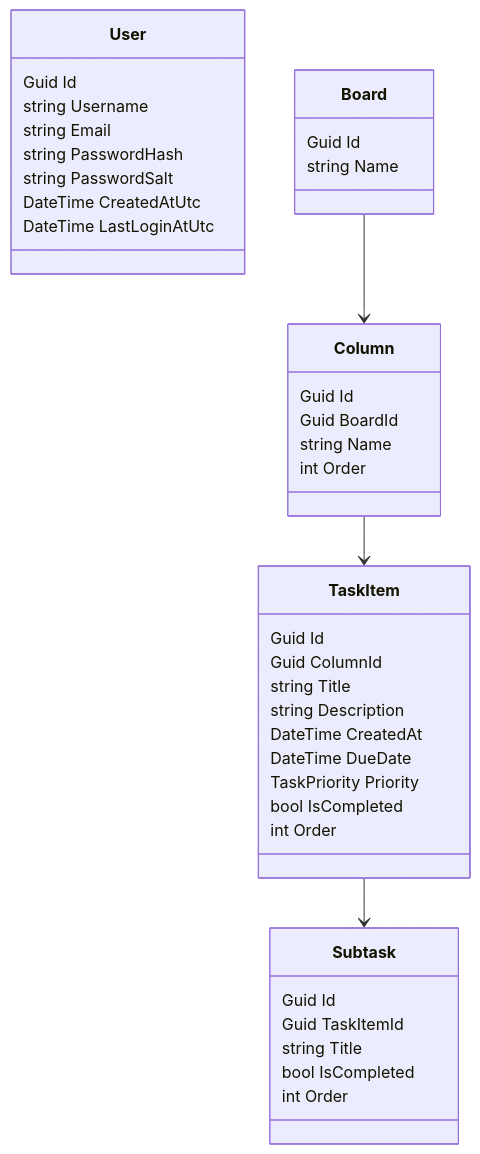
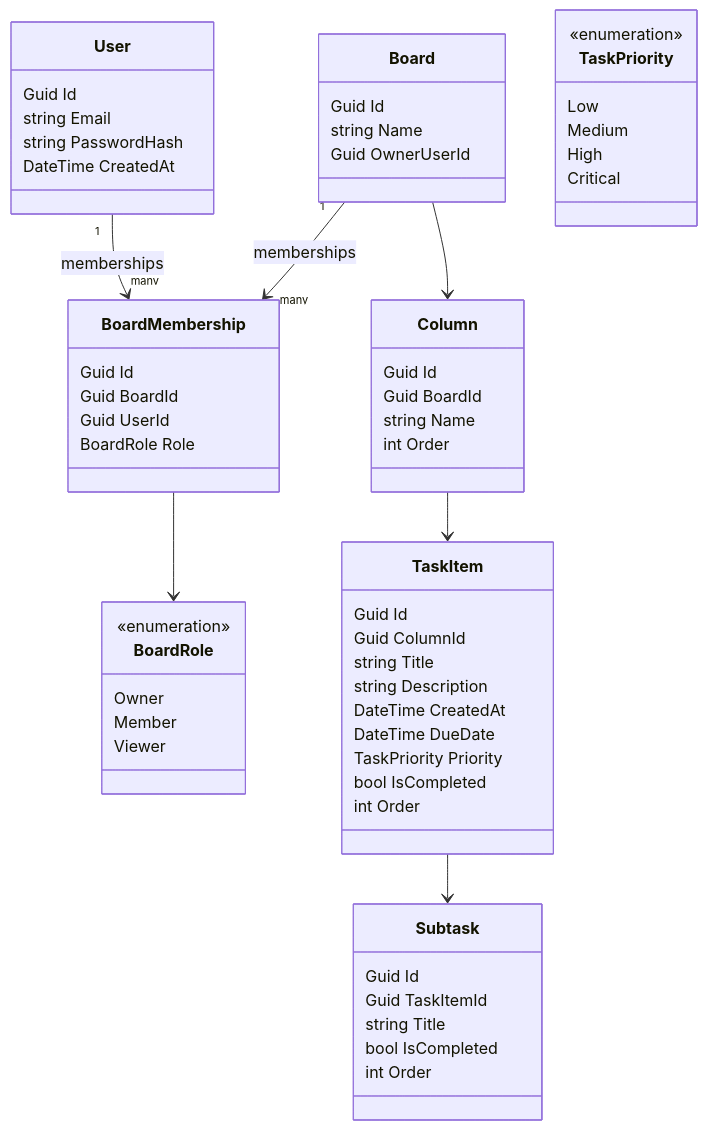
One commit to Antonios-Georgiopoulos/clean-taskboard changed the diagram in docs/diagrams/entities.md. Above: the diagram before and after it, drawn with Mermaid. The commit also changed 59 other files, not shown here.

Commit message:
enforce board membership RBAC across boards/columns/tasks/subtasks ---- docs: document auth & board membership, update Postman collection

````diff
--- a/docs/diagrams/entities.md
+++ b/docs/diagrams/entities.md
@@ -3,49 +3,72 @@
 ```mermaid
 classDiagram
     class User {
         Guid Id
-        string Username
         string Email
         string PasswordHash
-        string PasswordSalt
-        DateTime CreatedAtUtc
-        DateTime LastLoginAtUtc
+        DateTime CreatedAt
     }
 
     class Board {
         Guid Id
         string Name
-        %% OwnerUserId will be introduced in the next milestone
+        Guid OwnerUserId
+    }
+
+    class BoardMembership {
+        Guid Id
+        Guid BoardId
+        Guid UserId
+        BoardRole Role
+    }
+
+    class BoardRole {
+        <<enumeration>>
+        Owner
+        Member
+        Viewer
     }
 
     class Column {
         Guid Id
         Guid BoardId
         string Name
         int Order
     }
 
     class TaskItem {
         Guid Id
         Guid ColumnId
         string Title
         string Description
         DateTime CreatedAt
         DateTime DueDate
         TaskPriority Priority
         bool IsCompleted
         int Order
     }
 
+    class TaskPriority {
+        <<enumeration>>
+        Low
+        Medium
+        High
+        Critical
+    }
+
     class Subtask {
         Guid Id
         Guid TaskItemId
         string Title
         bool IsCompleted
         int Order
     }
 
+    User "1" --> "many" BoardMembership : memberships
+    Board "1" --> "many" BoardMembership : memberships
+    BoardMembership --> BoardRole
+
     Board --> Column
     Column --> TaskItem
     TaskItem --> Subtask
 ```
````
